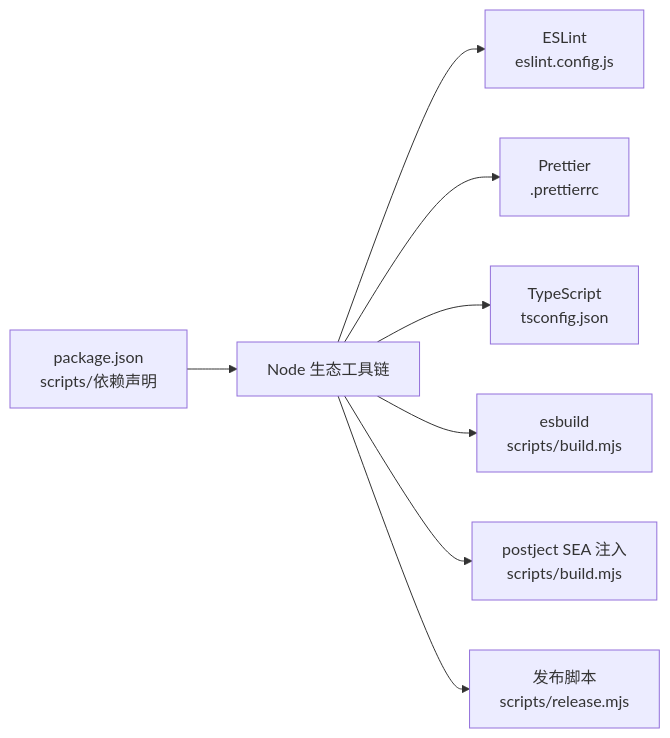
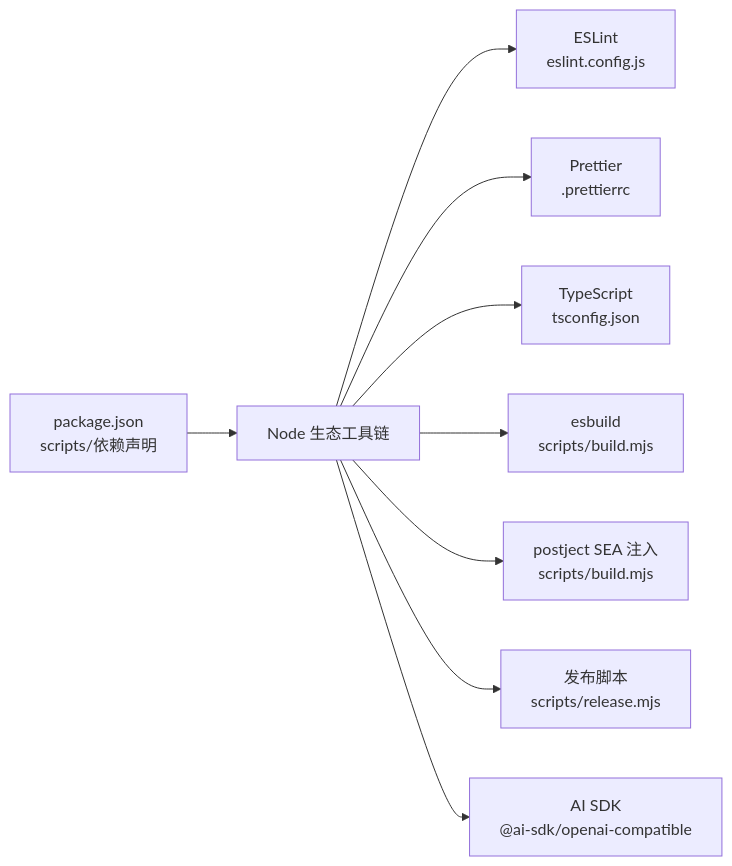
One commit to hllshiro/doc2md-cli changed the third of 3 diagrams in .qoder/repowiki/zh/content/开发者指南.md. Above: the diagram before and after it, drawn with Mermaid. The commit also changed other lines of this file and 13 other files, not shown here.

````diff
--- a/.qoder/repowiki/zh/content/开发者指南.md
+++ b/.qoder/repowiki/zh/content/开发者指南.md
@@ -209,10 +250,11 @@
 ```mermaid
 graph LR
 P["package.json<br/>scripts/依赖声明"] --> NPM["Node 生态工具链"]
 NPM --> ESL["ESLint<br/>eslint.config.js"]
 NPM --> PRET["Prettier<br/>.prettierrc"]
 NPM --> TS["TypeScript<br/>tsconfig.json"]
 NPM --> ESB["esbuild<br/>scripts/build.mjs"]
 NPM --> SEA["postject SEA 注入<br/>scripts/build.mjs"]
 NPM --> REL["发布脚本<br/>scripts/release.mjs"]
+NPM --> AI["AI SDK<br/>@ai-sdk/openai-compatible"]
 ```
````
